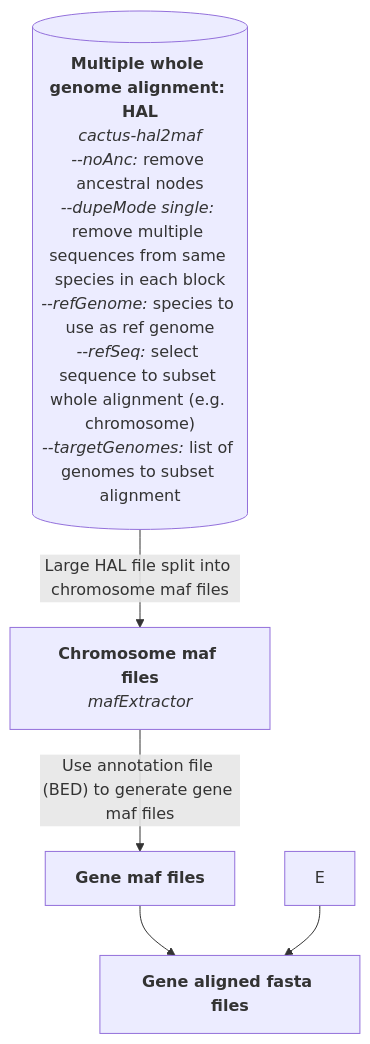
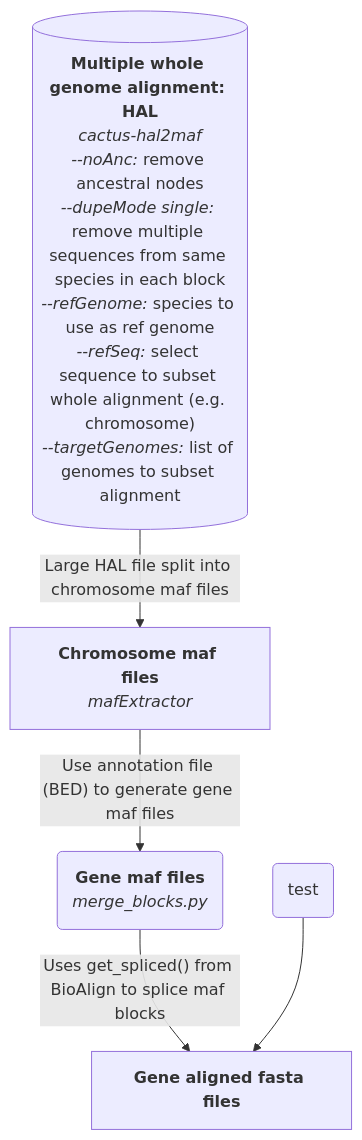
One commit to mileswhedbee/RERconverge_pipeline changed the diagram in README.md. Above: the diagram before and after it, drawn with Mermaid.

````diff
--- a/README.md
+++ b/README.md
@@ -6,14 +6,15 @@
 ```mermaid
 graph TD;
     A[("`**Multiple whole genome alignment: HAL**
        _cactus-hal2maf_
        _--noAnc:_ remove ancestral nodes
        _--dupeMode single:_ remove multiple sequences from same species in each block
        _--refGenome:_ species to use as ref genome
        _--refSeq:_ select sequence to subset whole alignment (e.g. chromosome)
        _--targetGenomes:_ list of genomes to subset alignment`")]--Large HAL file split into chromosome maf files-->B["`**Chromosome maf files**
        _mafExtractor_`"];
-    B--Use annotation file (BED) to generate gene maf files-->C["`**Gene maf files**`"];
-    C-->D["`**Gene aligned fasta files**`"];
-    E-->D;
+    B--Use annotation file (BED) to generate gene maf files-->C("`**Gene maf files**
+       _merge_blocks.py_`");
+    C--Uses get_spliced() from BioAlign to splice maf blocks-->D["`**Gene aligned fasta files**`"];
+    E(test)-->D;
 ```
````
